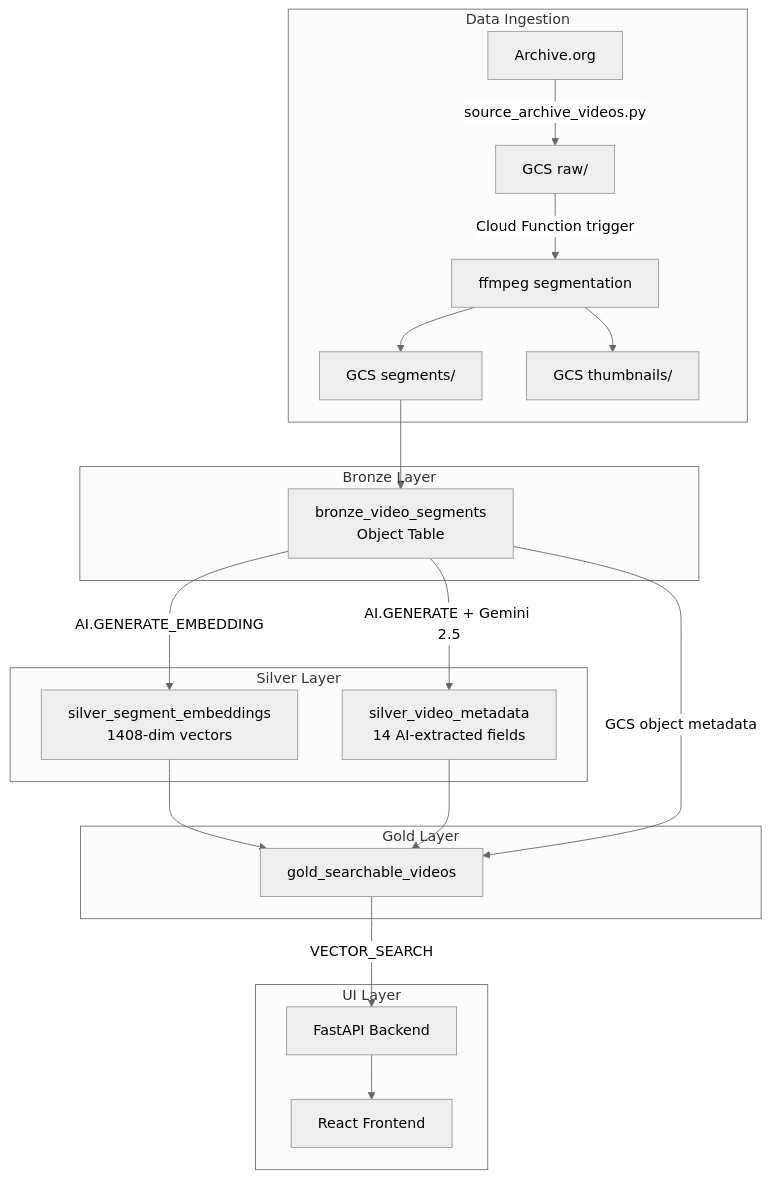
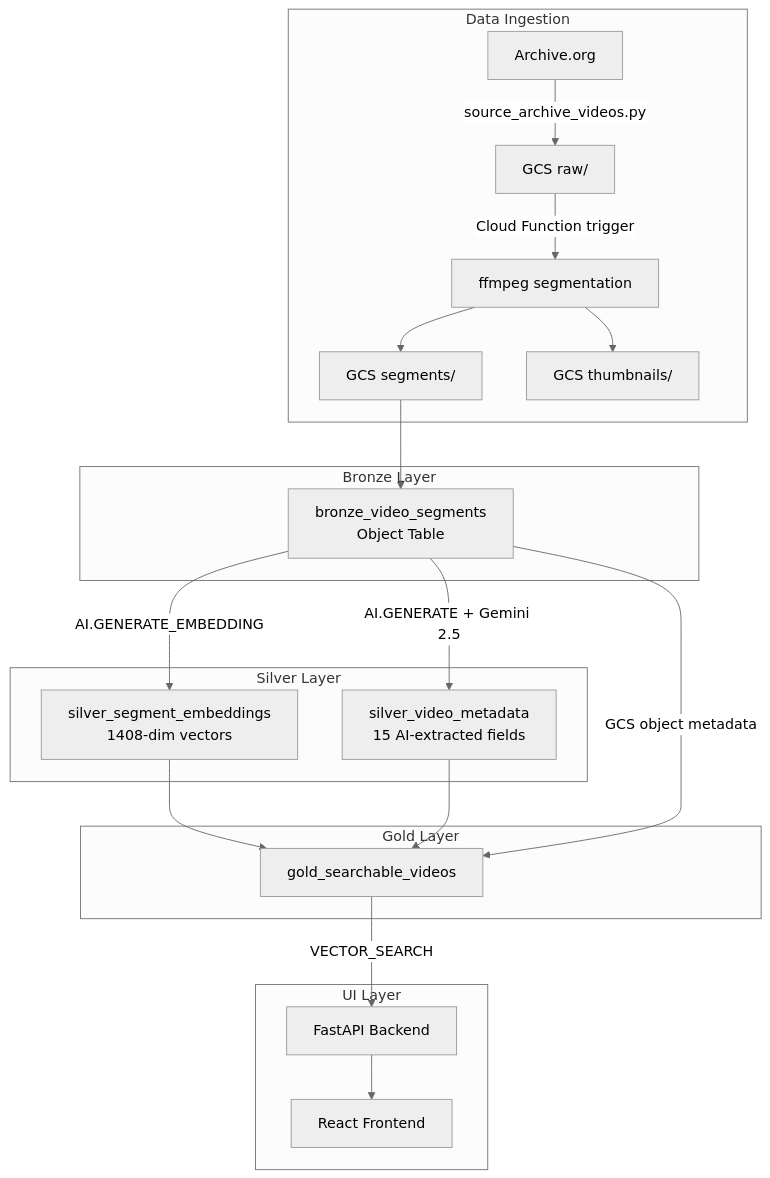
Before and after one commit to gCloud-Tech-Showcase/Data-Cloud: the first of 2 diagrams in docs/demos/video-vector-search/architecture.md, drawn with Mermaid (neutral theme). The commit also changed other lines of this file and 6 other files, not shown here.

````diff
--- a/docs/demos/video-vector-search/architecture.md
+++ b/docs/demos/video-vector-search/architecture.md
@@ -9,29 +9,29 @@
 ```mermaid
 graph TB
     subgraph "Data Ingestion"
         A[Archive.org] -->|source_archive_videos.py| B[GCS raw/]
         B -->|Cloud Function trigger| C[ffmpeg segmentation]
         C --> D[GCS segments/]
         C --> E[GCS thumbnails/]
     end
 
     subgraph "Bronze Layer"
         D --> G[bronze_video_segments<br/>Object Table]
     end
 
     subgraph "Silver Layer"
         G -->|AI.GENERATE_EMBEDDING| H[silver_segment_embeddings<br/>1408-dim vectors]
-        G -->|AI.GENERATE + Gemini 2.5| I[silver_video_metadata<br/>14 AI-extracted fields]
+        G -->|AI.GENERATE + Gemini 2.5| I[silver_video_metadata<br/>15 AI-extracted fields]
     end
 
     subgraph "Gold Layer"
         H --> J[gold_searchable_videos]
         I --> J
         G -->|GCS object metadata| J
     end
 
     subgraph "UI Layer"
         J -->|VECTOR_SEARCH| K[FastAPI Backend]
         K --> L[React Frontend]
     end
 ```
````
